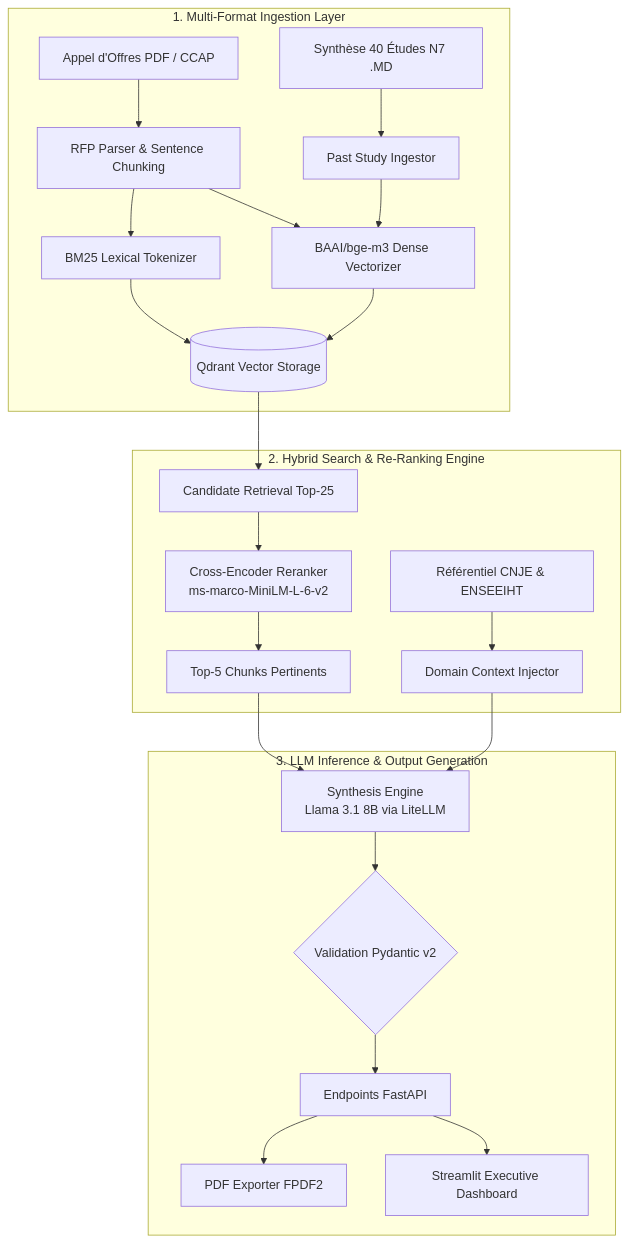
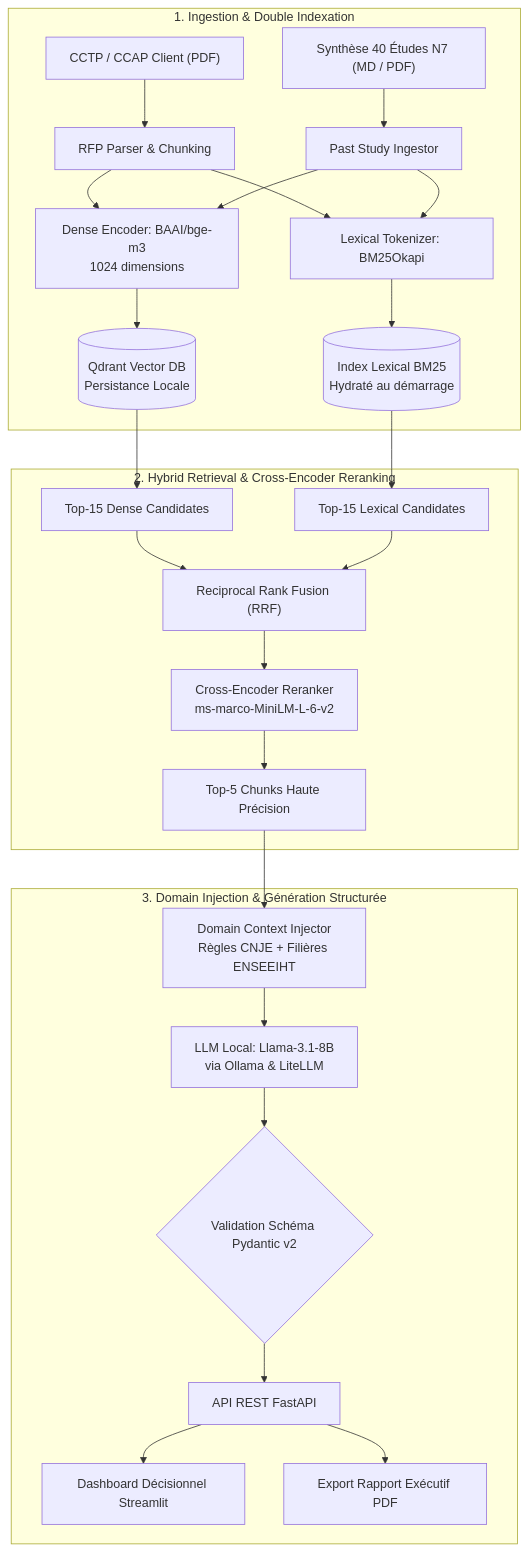
Before and after one commit to alibennani265-ai/rfp-intelligence-engine: the first of 2 diagrams in README.md, drawn with Mermaid. The commit also changed other lines of this file and 15 other files, not shown here.

Commit message:
docs(repo): add staff-grade README with Mermaid diagrams, Makefile, docs, and E2E scripts

````diff
--- a/README.md
+++ b/README.md
@@ -47,28 +48,31 @@
 ```mermaid
 flowchart TD
-    subgraph Ingestion ["1. Multi-Format Ingestion Layer"]
-        A[Appel d'Offres PDF / CCAP] --> B[RFP Parser & Sentence Chunking]
-        C[Synthèse 40 Études N7 .MD] --> D[Past Study Ingestor]
-        B --> E[BAAI/bge-m3 Dense Vectorizer]
+    subgraph Ingestion["1. Ingestion & Double Indexation"]
+        A["CCTP / CCAP Client (PDF)"] --> B["RFP Parser & Chunking"]
+        C["Synthèse 40 Études N7 (MD / PDF)"] --> D["Past Study Ingestor"]
+        B --> E["Dense Encoder: BAAI/bge-m3<br/>1024 dimensions"]
         D --> E
-        B --> F[BM25 Lexical Tokenizer]
-        E --> G[(Qdrant Vector Storage)]
-        F --> G
+        B --> F["Lexical Tokenizer: BM25Okapi"]
+        D --> F
+        E --> G[("Qdrant Vector DB<br/>Persistance Locale")]
+        F --> H[("Index Lexical BM25<br/>Hydraté au démarrage")]
     end
 
-    subgraph Retrieval ["2. Hybrid Search & Re-Ranking Engine"]
-        G --> H[Candidate Retrieval Top-25]
-        H --> I[Cross-Encoder Reranker\nms-marco-MiniLM-L-6-v2]
-        I --> J[Top-5 Chunks Pertinents]
-        K[Référentiel CNJE & ENSEEIHT] --> L[Domain Context Injector]
+    subgraph Retrieval["2. Hybrid Retrieval & Cross-Encoder Reranking"]
+        G --> I["Top-15 Dense Candidates"]
+        H --> J["Top-15 Lexical Candidates"]
+        I --> K["Reciprocal Rank Fusion (RRF)"]
+        J --> K
+        K --> L["Cross-Encoder Reranker<br/>ms-marco-MiniLM-L-6-v2"]
+        L --> M["Top-5 Chunks Haute Précision"]
     end
 
-    subgraph Generation ["3. LLM Inference & Output Generation"]
-        J --> M[Synthesis Engine\nLlama 3.1 8B via LiteLLM]
-        L --> M
-        M --> N{Validation Pydantic v2}
-        N --> O[Endpoints FastAPI]
-        O --> P[Streamlit Executive Dashboard]
-        O --> Q[PDF Exporter FPDF2]
+    subgraph Synthesis["3. Domain Injection & Génération Structurée"]
+        M --> N["Domain Context Injector<br/>Règles CNJE + Filières ENSEEIHT"]
+        N --> O["LLM Local: Llama-3.1-8B<br/>via Ollama & LiteLLM"]
+        O --> P{"Validation Schéma Pydantic v2"}
+        P --> Q["API REST FastAPI"]
+        Q --> R["Dashboard Décisionnel Streamlit"]
+        Q --> S["Export Rapport Exécutif PDF"]
     end
 ```
````
